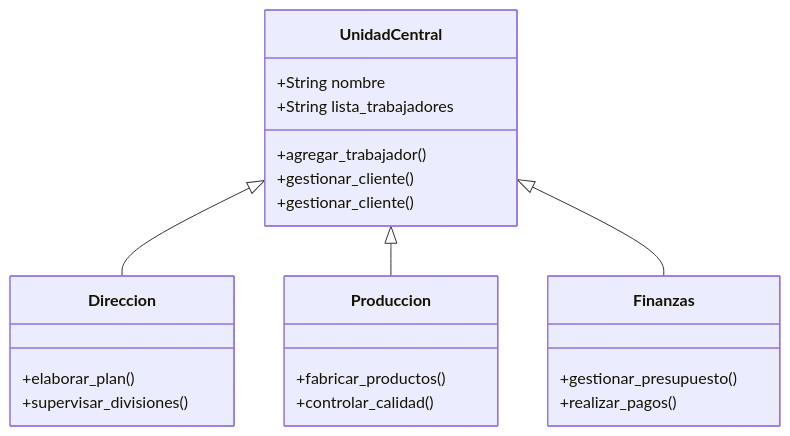
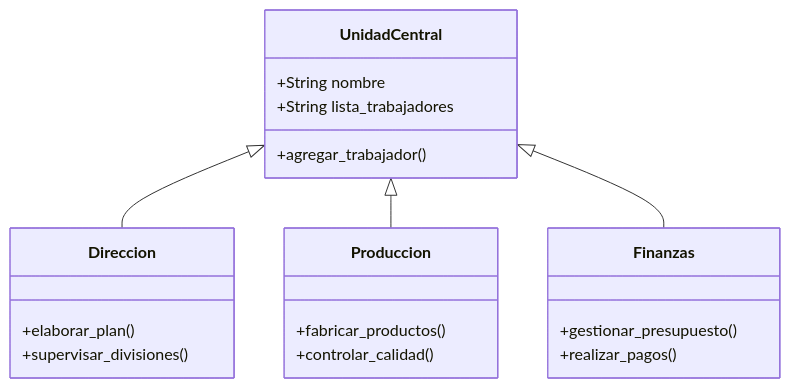
The third of 5 diagrams in README.md (santgm56/Reto_2), drawn with Mermaid before and after one commit. The commit also changed other lines of this file, not shown here.

````diff
--- a/README.md
+++ b/README.md
@@ -106,26 +105,24 @@
 ```mermaid
 classDiagram
     UnidadCentral <|-- Direccion
     UnidadCentral <|-- Produccion
     UnidadCentral <|-- Finanzas
 
     class UnidadCentral{
        +String nombre
        +String lista_trabajadores
        +agregar_trabajador()
-       +gestionar_cliente()
-       +gestionar_cliente()
     }
     class Direccion{
         +elaborar_plan()
         +supervisar_divisiones()
     }
     class Produccion{
         +fabricar_productos()
         +controlar_calidad()
     }
     class Finanzas{
         +gestionar_presupuesto()
         +realizar_pagos()
     }
 ```
````
